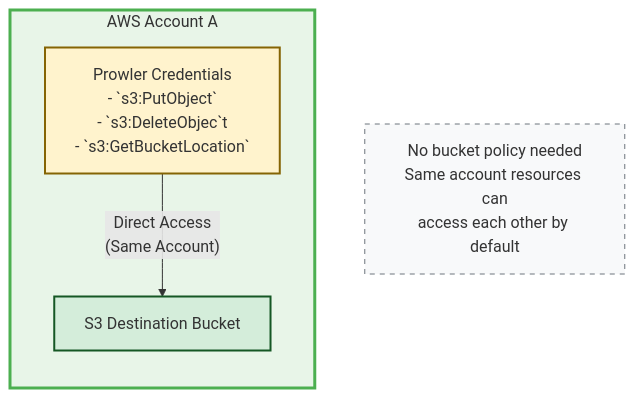
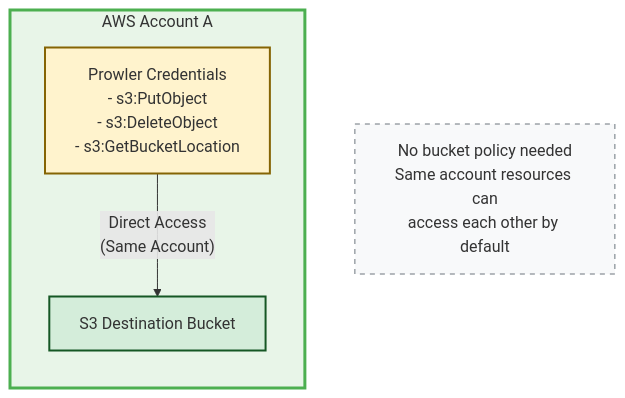
One commit to prowler-cloud/prowler changed the first of 3 diagrams in docs/tutorials/prowler-app-s3-integration.md. Above: the diagram before and after it, drawn with Mermaid. The commit also changed other lines of this file, not shown here.

````diff
--- a/docs/tutorials/prowler-app-s3-integration.md
+++ b/docs/tutorials/prowler-app-s3-integration.md
@@ -132,17 +132,17 @@
 ```mermaid
 graph TB
     subgraph Account["AWS Account A"]
         direction TB
-        Role["Prowler Credentials<br/>- `s3:PutObject` <br/>- `s3:DeleteObjec`t <br/>- `s3:GetBucketLocation` "]
+        Role["Prowler Credentials<br/>- s3:PutObject<br/>- s3:DeleteObject<br/>- s3:GetBucketLocation"]
         Bucket["S3 Destination Bucket"]
 
         Role -->|" Direct Access<br/>(Same Account)"| Bucket
     end
 
     Note["No bucket policy needed<br/>Same account resources can<br/>access each other by default"]
 
     style Account fill:#e8f5e8,stroke:#4caf50,stroke-width:3px
     style Role fill:#fff3cd,stroke:#856404,stroke-width:2px
     style Bucket fill:#d4edda,stroke:#155724,stroke-width:2px
     style Note fill:#f8f9fa,stroke:#6c757d,stroke-width:1px,stroke-dasharray: 5 5
 ```
````
